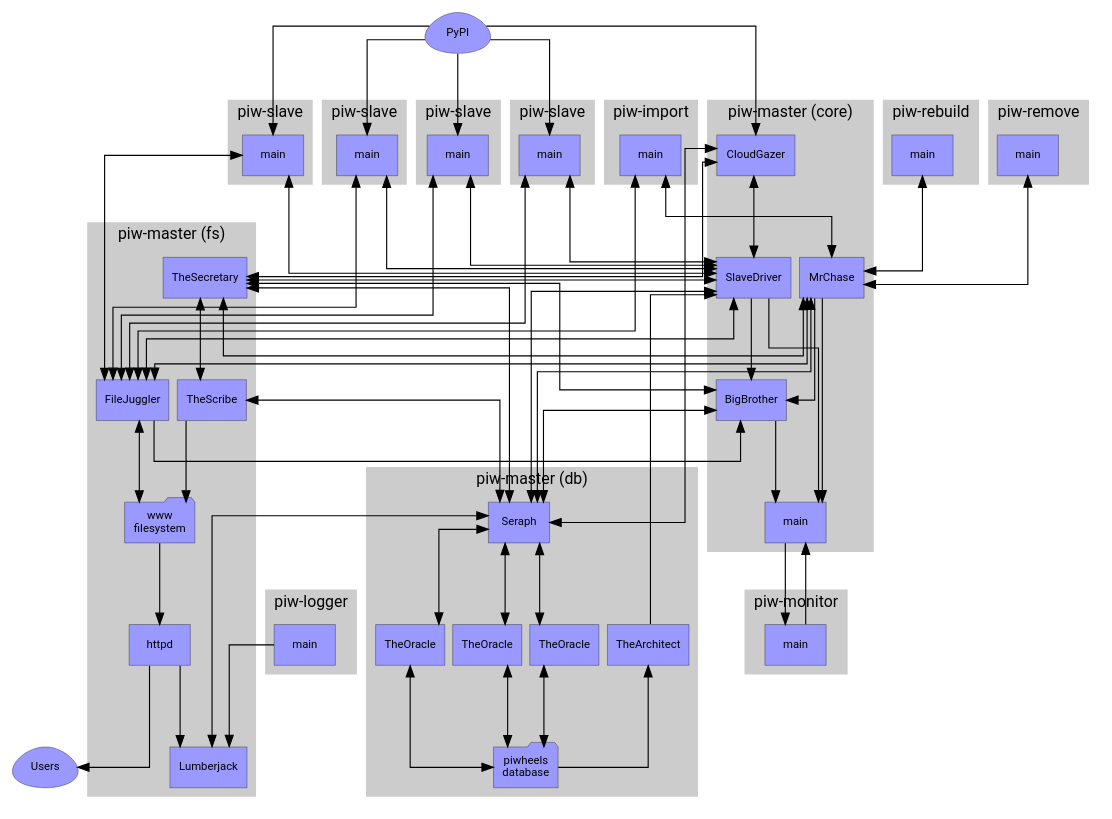
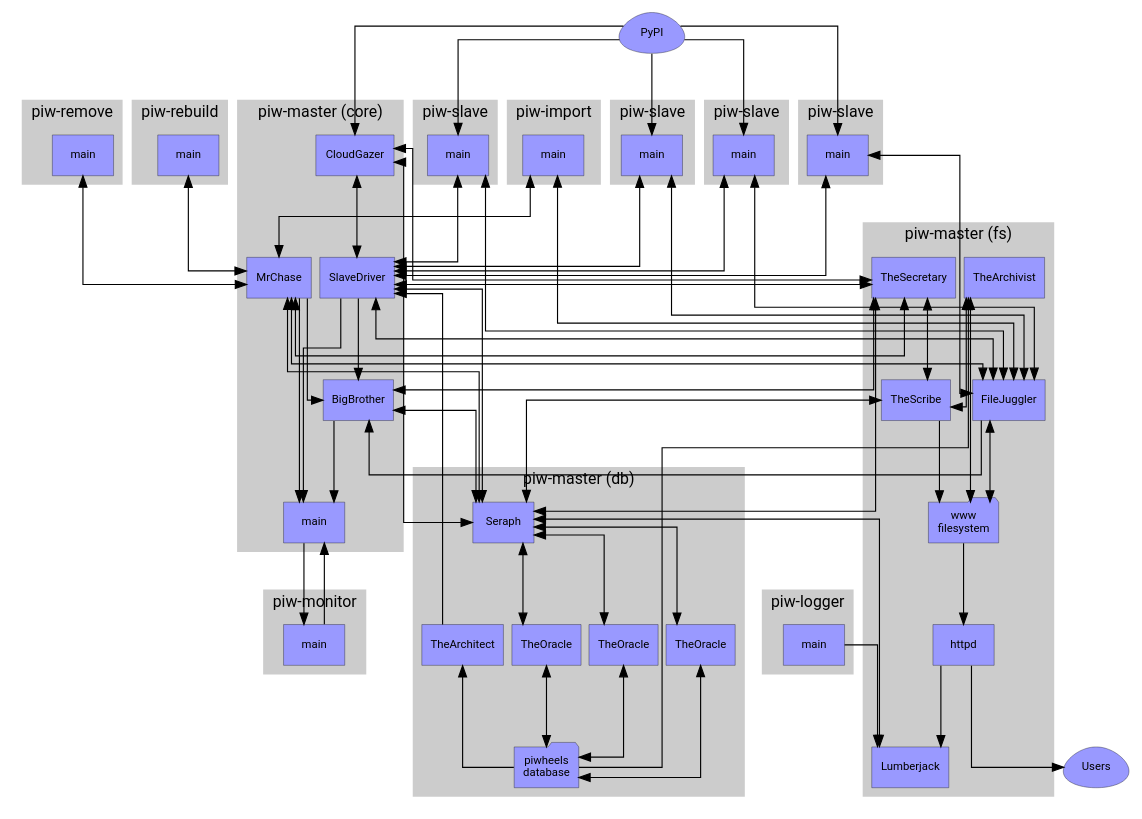
The diagram in docs/images/master_arch.dot (piwheels/piwheels), drawn with Graphviz before and after one commit. The commit also changed 17 other files, not shown here.

```diff
--- a/docs/images/master_arch.dot
+++ b/docs/images/master_arch.dot
@@ -1,145 +1,149 @@
 digraph piwheels {
     graph [splines=ortho, nodesep=0.1, ranksep=1, style=filled, fontname=Roboto, fontsize=14, fillcolor="#cccccc", penwidth=0];
     node [shape=rect, fontname=Roboto, fontsize=10, style=filled, fillcolor="#9999ff", penwidth=0.3];
     edge [fontname=Sans, fontsize=8];
 
     PyPI [label="PyPI", shape=egg];
     Users [label="Users", shape=egg];
 
     subgraph cluster_db_server {
         graph [label="piw-master (db)"];
 
         TheOracle1 [label="TheOracle"];
         TheOracle2 [label="TheOracle"];
         TheOracle3 [label="TheOracle"];
         TheArchitect;
         Seraph;
         db [label="piwheels\ndatabase", shape=folder];
 
         Seraph->TheOracle1 [dir=both];
         Seraph->TheOracle2 [dir=both];
         Seraph->TheOracle3 [dir=both];
         TheOracle1->db [dir=both];
         TheOracle2->db [dir=both];
         TheOracle3->db [dir=both];
         TheArchitect->db [dir=back];
     }
 
     subgraph cluster_file_server {
         graph [label="piw-master (fs)"];
 
         TheSecretary;
         TheScribe;
         FileJuggler;
         Lumberjack;
+        TheArchivist;
         fs [label="www\nfilesystem", shape=folder];
         httpd;
 
         TheSecretary->TheScribe [dir=both];
         TheScribe->fs;
         FileJuggler->fs [dir=both];
         fs->httpd;
         httpd->Lumberjack;
+        TheArchivist->fs [dir=both];
+        TheArchivist->TheScribe [dir=both];
     }
 
     subgraph cluster_master {
         graph [label="piw-master (core)"];
 
         CloudGazer;
         main;
         MrChase;
         SlaveDriver;
         BigBrother;
 
         BigBrother->main;
         SlaveDriver->main;
         MrChase->main;
         MrChase->TheSecretary [dir=both];
     }
 
     subgraph cluster_monitor {
         graph [label="piw-monitor"];
         monitor [label="main"];
     }
 
     subgraph cluster_slave1 {
         graph [label="piw-slave"];
         Slave1 [label="main"];
     }
 
     subgraph cluster_slave2 {
         graph [label="piw-slave"];
         Slave2 [label="main"];
     }
 
     subgraph cluster_slave3 {
         graph [label="piw-slave"];
         Slave3 [label="main"];
     }
 
     subgraph cluster_slave4 {
         graph [label="piw-slave"];
         Slave4 [label="main"];
     }
 
     subgraph cluster_import {
         graph [label="piw-import"];
         Importer [label="main"];
     }
 
     subgraph cluster_rebuild {
         graph [label="piw-rebuild"];
         Rebuild [label="main"];
     }
 
     subgraph cluster_remove {
         graph [label="piw-remove"];
         Remove [label="main"];
     }
 
     subgraph cluster_logger {
         graph [label="piw-logger"];
         Logger [label="main"];
     }
 
 
     PyPI->CloudGazer;
     PyPI->Slave1;
     PyPI->Slave2;
     PyPI->Slave3;
     PyPI->Slave4;
     Slave1->SlaveDriver [dir=both];
     Slave2->SlaveDriver [dir=both];
     Slave3->SlaveDriver [dir=both];
     Slave4->SlaveDriver [dir=both];
     Slave1->FileJuggler [dir=both];
     Slave2->FileJuggler [dir=both];
     Slave3->FileJuggler [dir=both];
     Slave4->FileJuggler [dir=both];
     Importer->MrChase [dir=both];
     Importer->FileJuggler [dir=both];
     Rebuild->MrChase [dir=both];
     Remove->MrChase [dir=both];
     Logger->Lumberjack;
     main->monitor;
     monitor->main;
 
     CloudGazer->SlaveDriver [dir=both];
     CloudGazer->Seraph [dir=both];
     CloudGazer->TheSecretary [dir=both];
     BigBrother->TheSecretary [dir=both];
     SlaveDriver->TheSecretary [dir=both];
     SlaveDriver->BigBrother;
     FileJuggler->BigBrother;
     TheSecretary->Seraph [dir=both];
     TheScribe->Seraph [dir=both];
     BigBrother->Seraph [dir=both];
     SlaveDriver->FileJuggler [dir=both];
     SlaveDriver->Seraph [dir=both];
     TheArchitect->SlaveDriver;
+    TheArchivist->db [dir=back];
     MrChase->FileJuggler [dir=both];
     MrChase->Seraph [dir=both];
     MrChase->BigBrother;
     Lumberjack->Seraph [dir=both];
     httpd->Users;
 }
```
